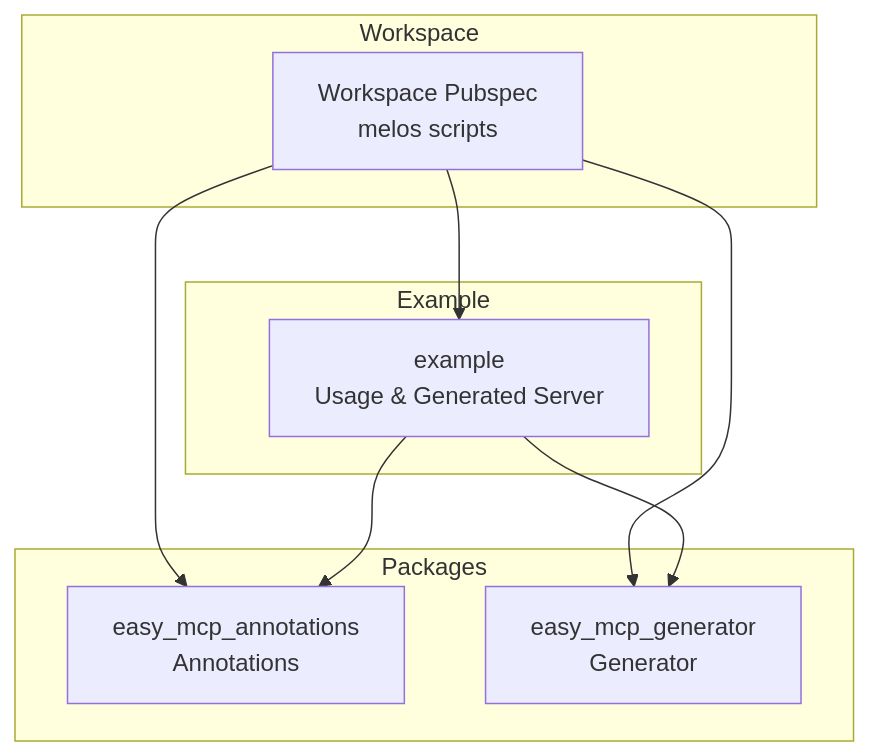
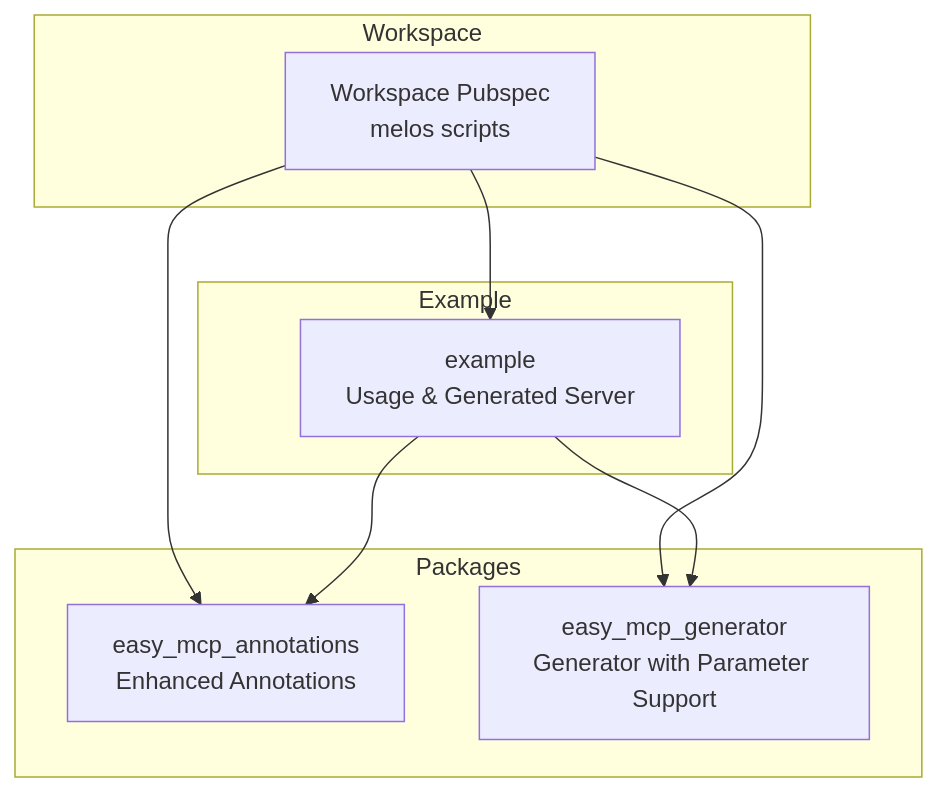
One commit to cdavis-code/easy_mcp_workspace changed the first of 9 diagrams in .qoder/repowiki/en/content/Core Concepts/Code Generation Workflow.md. Above: the diagram before and after it, drawn with Mermaid. The commit also changed other lines of this file and 4 other files, not shown here.

````diff
--- a/.qoder/repowiki/en/content/Core Concepts/Code Generation Workflow.md
+++ b/.qoder/repowiki/en/content/Core Concepts/Code Generation Workflow.md
@@ -45,18 +55,18 @@
 ```mermaid
 graph TB
 subgraph "Workspace"
 WS["Workspace Pubspec<br/>melos scripts"]
 end
 subgraph "Packages"
-ANNOT["easy_mcp_annotations<br/>Annotations"]
-GEN["easy_mcp_generator<br/>Generator"]
+ANNOT["easy_mcp_annotations<br/>Enhanced Annotations"]
+GEN["easy_mcp_generator<br/>Generator with Parameter Support"]
 end
 subgraph "Example"
 EX["example<br/>Usage & Generated Server"]
 end
 WS --> ANNOT
 WS --> GEN
 WS --> EX
 EX --> ANNOT
 EX --> GEN
 ```
````
